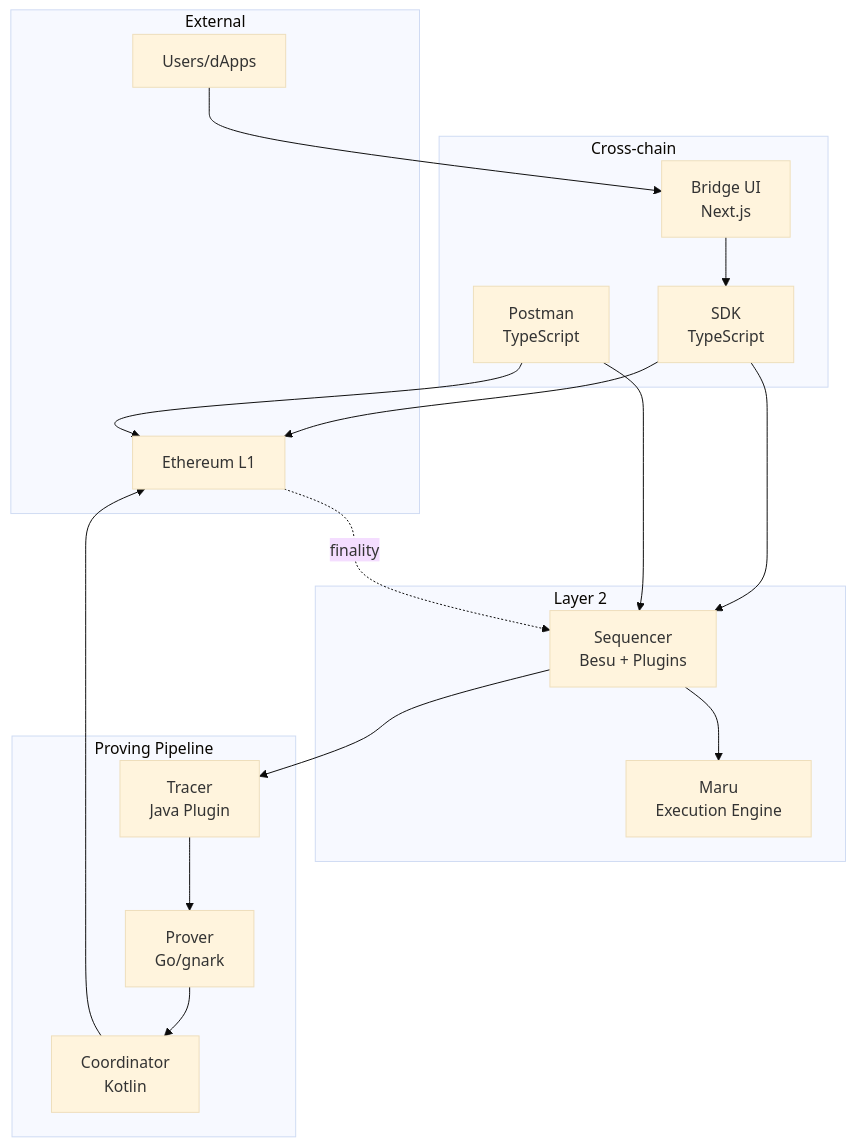
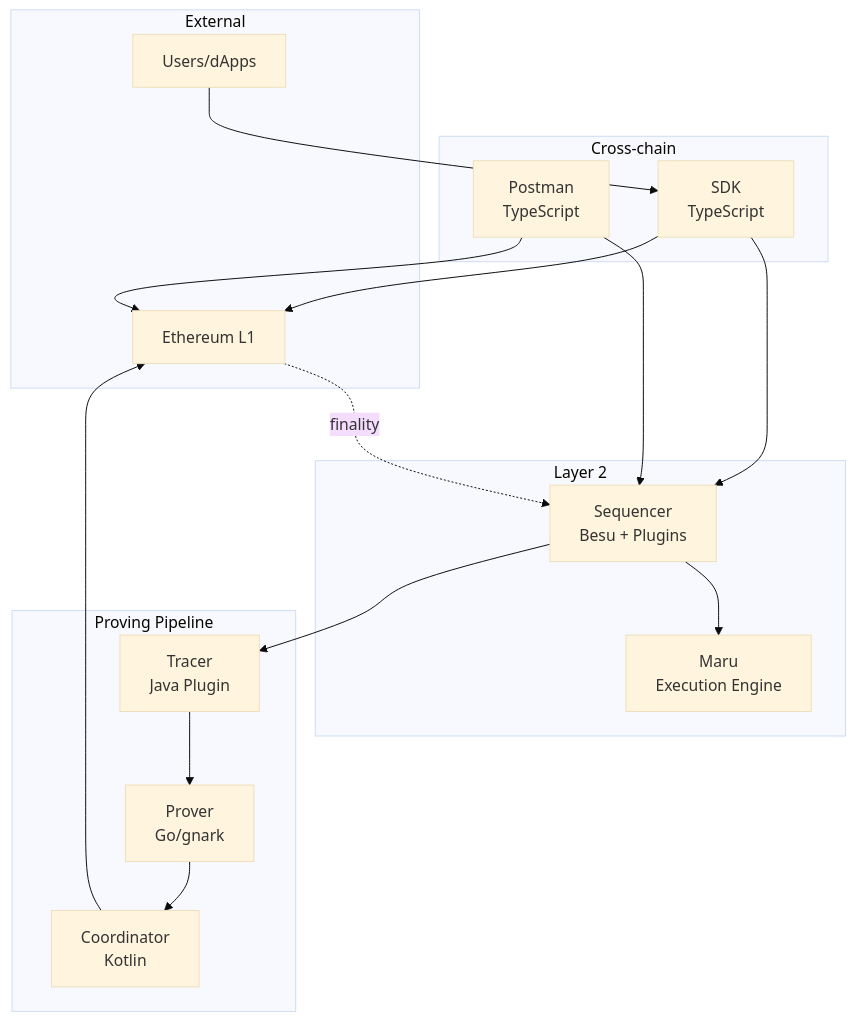
One commit to Consensys/linea-monorepo changed the diagram in docs/tech/diagrams/system-dependencies.mmd. Above: the diagram before and after it, drawn with Mermaid (base theme). The commit also changed 398 other files, not shown here.

```diff
--- a/docs/tech/diagrams/system-dependencies.mmd
+++ b/docs/tech/diagrams/system-dependencies.mmd
@@ -1,38 +1,36 @@
 graph TB
     subgraph "External"
         L1[Ethereum L1]
         Users[Users/dApps]
     end
     
     subgraph "Layer 2"
         SEQ[Sequencer<br/>Besu + Plugins]
         MARU[Maru<br/>Execution Engine]
     end
     
     subgraph "Proving Pipeline"
         TRACER[Tracer<br/>Java Plugin]
         PROVER[Prover<br/>Go/gnark]
         COORD[Coordinator<br/>Kotlin]
     end
     
     subgraph "Cross-chain"
         PM[Postman<br/>TypeScript]
         SDK[SDK<br/>TypeScript]
-        UI[Bridge UI<br/>Next.js]
     end
     
-    Users --> UI
-    UI --> SDK
+    Users --> SDK
     SDK --> L1
     SDK --> SEQ
     
     SEQ --> MARU
     SEQ --> TRACER
     TRACER --> PROVER
     PROVER --> COORD
     COORD --> L1
     
     PM --> L1
     PM --> SEQ
     
     L1 -.->|finality| SEQ
```
